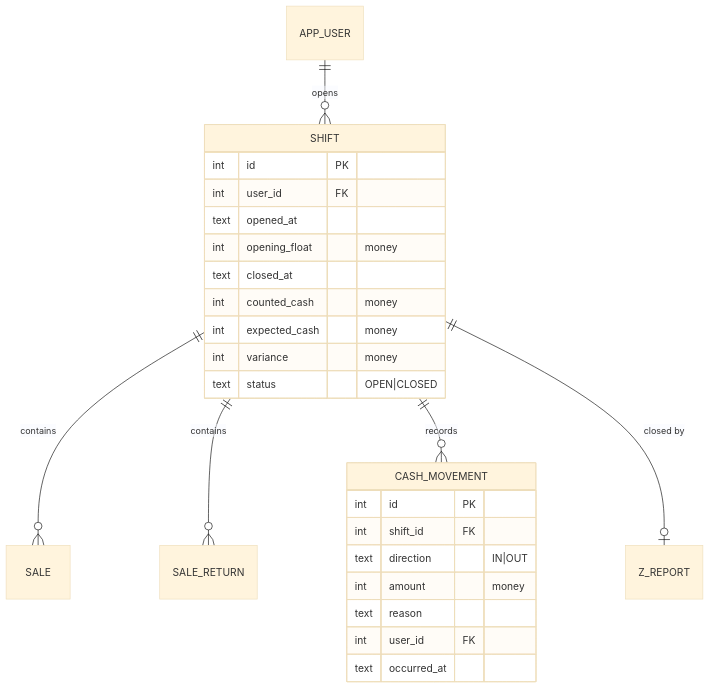
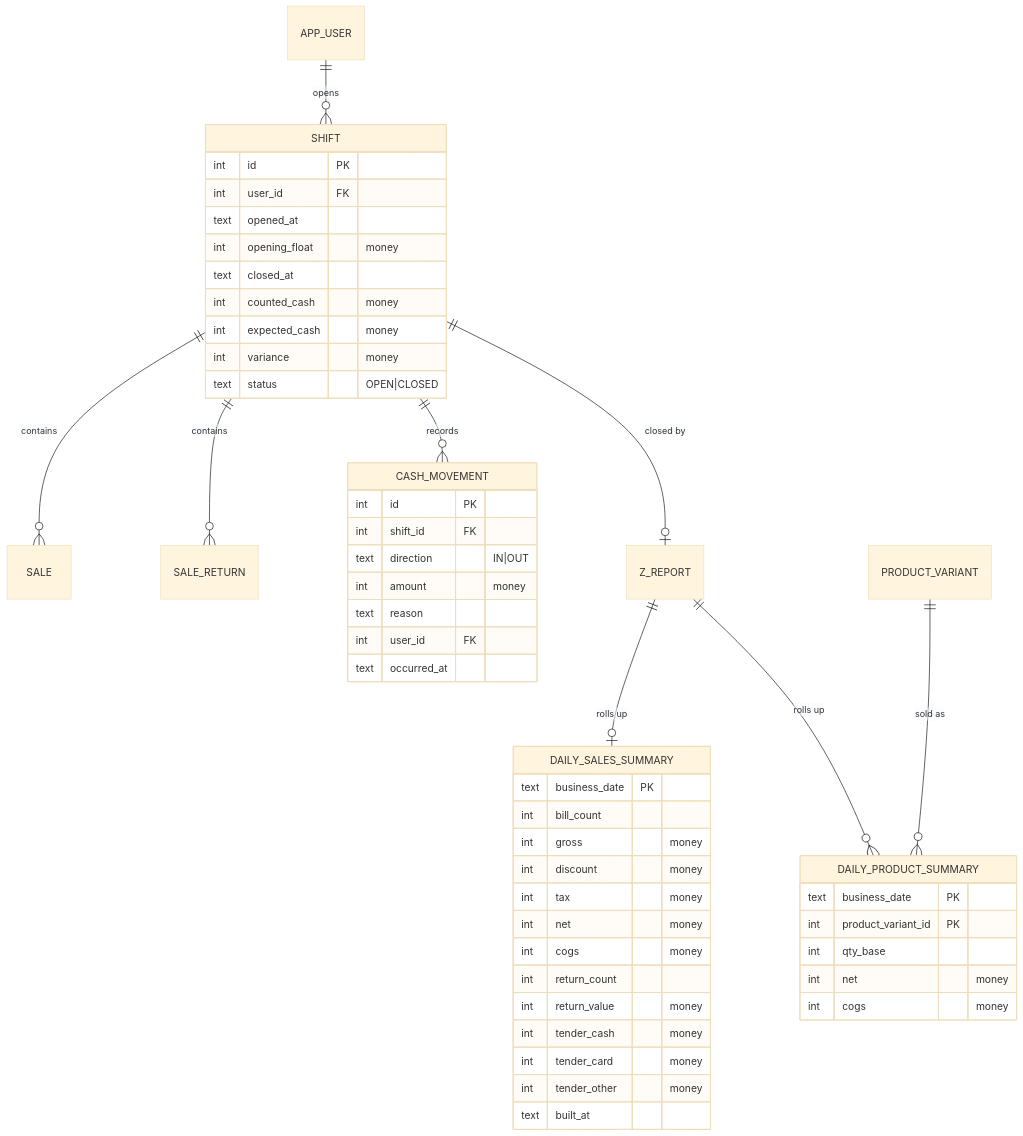
The sixth of 12 diagrams in docs/01_DATA_MODEL.md (hansajayathilaka/counterpoint), drawn with Mermaid (base theme) before and after one commit. The commit also changed other lines of this file and 131 other files, not shown here.

````diff
--- a/docs/01_DATA_MODEL.md
+++ b/docs/01_DATA_MODEL.md
@@ -680,29 +739,55 @@
 ```mermaid
 erDiagram
     APP_USER ||--o{ SHIFT : opens
     SHIFT ||--o{ SALE : contains
     SHIFT ||--o{ SALE_RETURN : contains
     SHIFT ||--o{ CASH_MOVEMENT : records
     SHIFT ||--o| Z_REPORT : "closed by"
+    Z_REPORT ||--o| DAILY_SALES_SUMMARY : "rolls up"
+    Z_REPORT ||--o{ DAILY_PRODUCT_SUMMARY : "rolls up"
+    PRODUCT_VARIANT ||--o{ DAILY_PRODUCT_SUMMARY : "sold as"
+
+    DAILY_SALES_SUMMARY {
+        text business_date PK
+        int bill_count
+        int gross "money"
+        int discount "money"
+        int tax "money"
+        int net "money"
+        int cogs "money"
+        int return_count
+        int return_value "money"
+        int tender_cash "money"
+        int tender_card "money"
+        int tender_other "money"
+        text built_at
+    }
+    DAILY_PRODUCT_SUMMARY {
+        text business_date PK
+        int product_variant_id PK
+        int qty_base
+        int net "money"
+        int cogs "money"
+    }
 
     SHIFT {
         int id PK
         int user_id FK
         text opened_at
         int opening_float "money"
         text closed_at
         int counted_cash "money"
         int expected_cash "money"
         int variance "money"
         text status "OPEN|CLOSED"
     }
     CASH_MOVEMENT {
         int id PK
         int shift_id FK
         text direction "IN|OUT"
         int amount "money"
         text reason
         int user_id FK
         text occurred_at
     }
 ```
````
